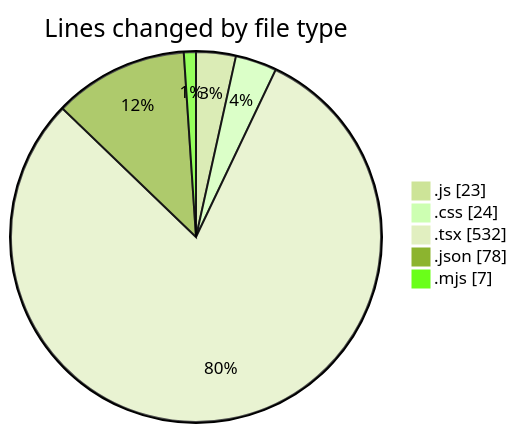
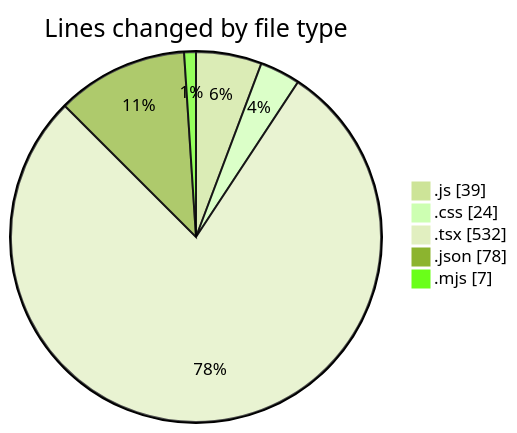
Before and after one commit to Ritupan-Deka/code-tracking: the first of 2 diagrams in 2025-06-19/scopecraft/README.md, drawn with Mermaid (forest theme). The commit also changed other lines of this file and 1 other file, not shown here.

````diff
--- a/2025-06-19/scopecraft/README.md
+++ b/2025-06-19/scopecraft/README.md
@@ -34,9 +34,9 @@
 ```mermaid
 pie showData
 title Lines changed by file type
-".js" : 23
+".js" : 39
 ".css" : 24
 ".tsx" : 532
 ".json" : 78
 ".mjs" : 7
 ```
````
